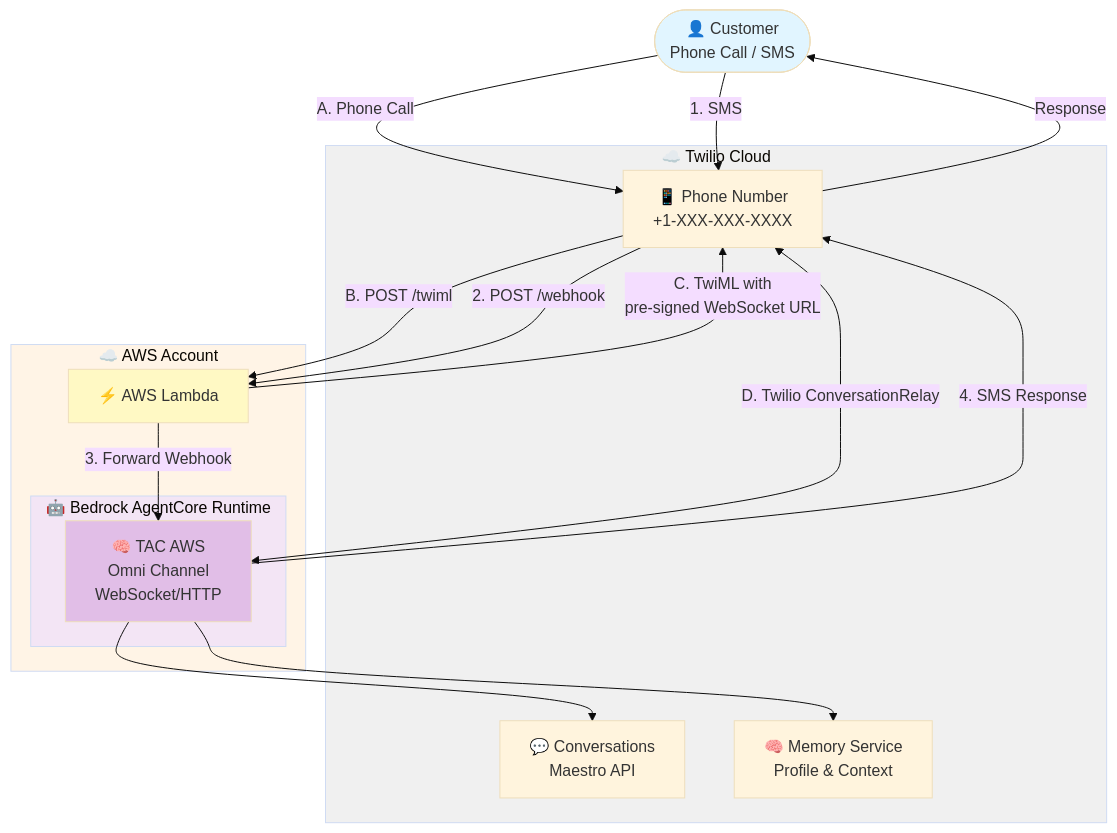
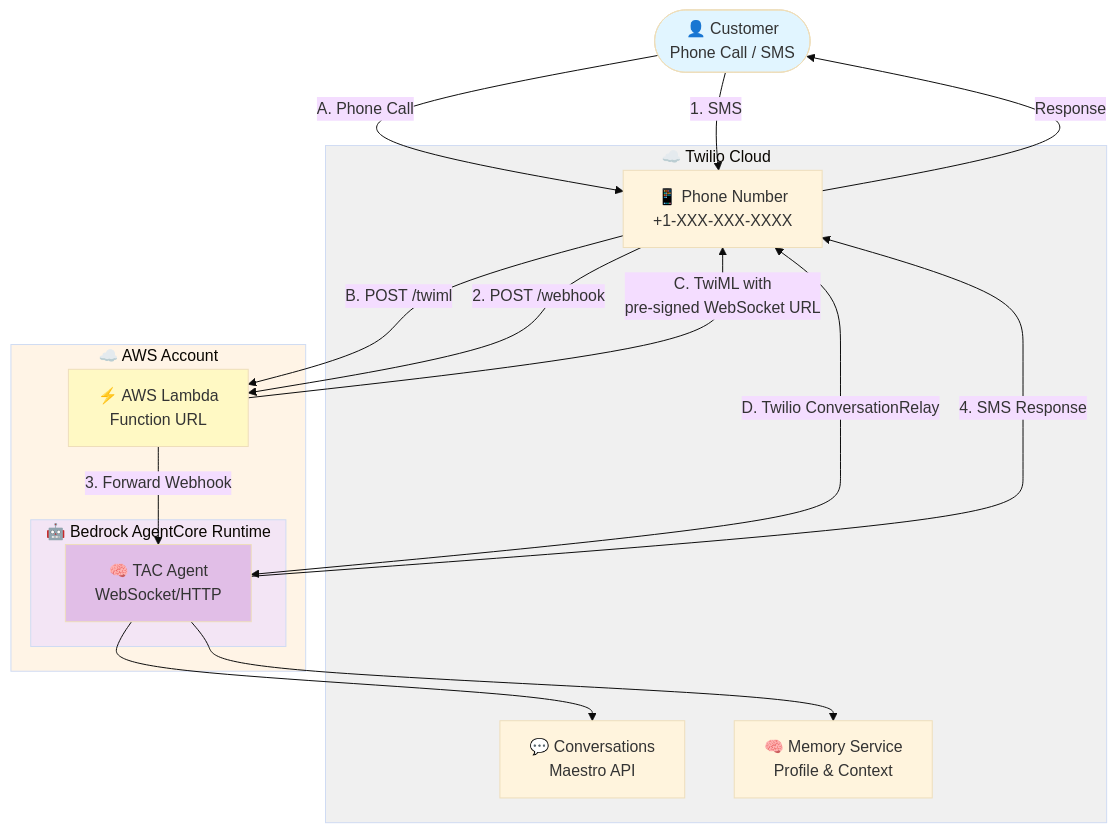
Before and after one commit to twilio/twilio-agent-connect-aws: the diagram in deploy/agentcore_aws_lambda/README.md, drawn with Mermaid (base theme). The commit also changed other lines of this file and 39 other files, not shown here.

First line of the commit message:
Improve agentcore_aws_lambda deployment experience

````diff
--- a/deploy/agentcore_aws_lambda/README.md
+++ b/deploy/agentcore_aws_lambda/README.md
@@ -7,43 +7,43 @@
 ```mermaid
 graph TB
     Customer([👤 Customer<br/>Phone Call / SMS])
 
     subgraph Twilio["☁️ Twilio Cloud"]
         Phone[📱 Phone Number<br/>+1-XXX-XXX-XXXX]
         Maestro[💬 Conversations<br/>Maestro API]
         Memory[🧠 Memory Service<br/>Profile & Context]
     end
 
     subgraph AWS["☁️ AWS Account"]
-        Lambda[⚡ AWS Lambda]
+        Lambda[⚡ AWS Lambda<br/>Function URL]
 
         subgraph AgentCore["🤖 Bedrock AgentCore Runtime"]
-            Agent[🧠 TAC AWS<br/>Omni Channel<br/>WebSocket/HTTP]
+            Agent[🧠 TAC Agent<br/>WebSocket/HTTP]
         end
     end
 
     %% Voice Channel Flow (A-D)
     Customer -->|A. Phone Call| Phone
     Phone -->|B. POST /twiml| Lambda
     Lambda -->|C. TwiML with<br/>pre-signed WebSocket URL| Phone
     Phone <-->|D. Twilio ConversationRelay| Agent
     
     %% Messaging Channel Flow (1-4)
     Customer -->|1. SMS| Phone
     Phone -->|2. POST /webhook| Lambda
     Lambda -->|3. Forward Webhook| Agent
     Agent -->|4. SMS Response| Phone
     
     %% AgentCore integrations
     Agent --> Maestro
     Agent --> Memory
     
     Phone -->|Response| Customer
 
     style Customer fill:#e1f5ff
     style Twilio fill:#f0f0f0
     style AWS fill:#fff4e6
     style Lambda fill:#fff9c4
     style AgentCore fill:#f3e5f5
     style Agent fill:#e1bee7
 ```
````
